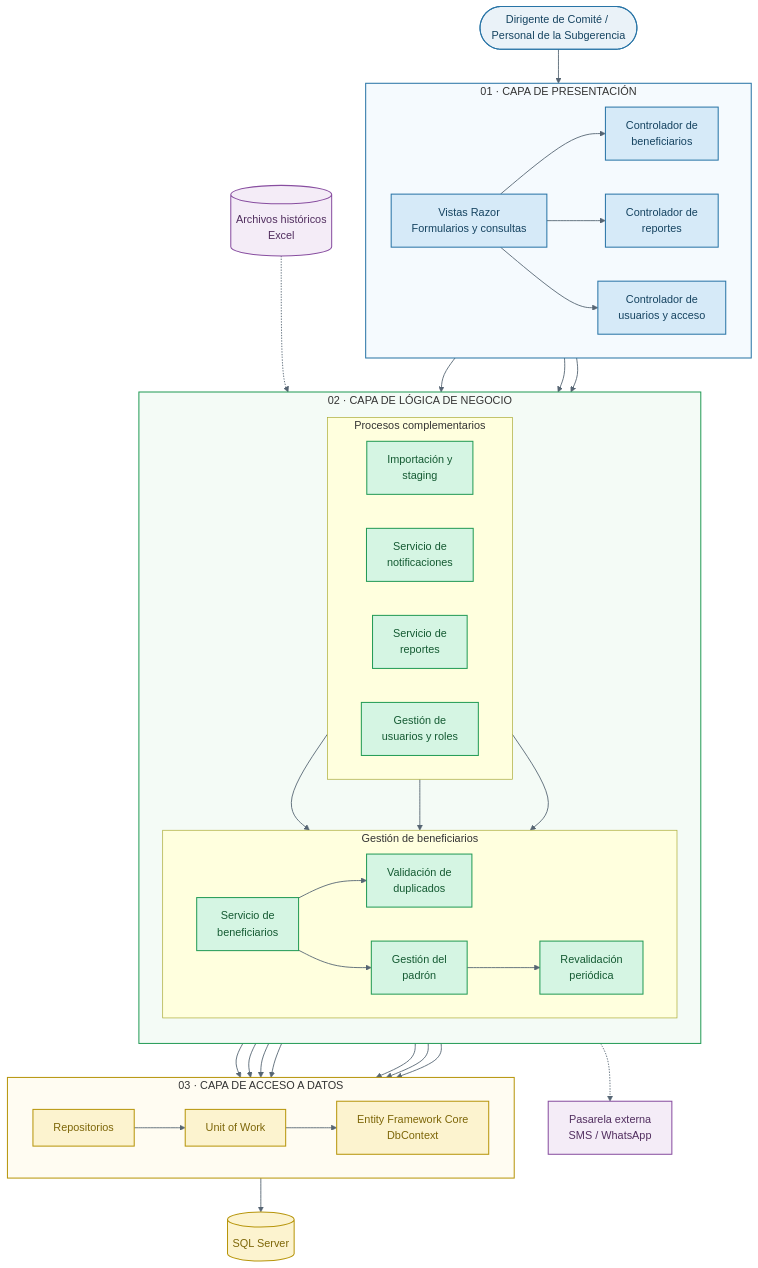
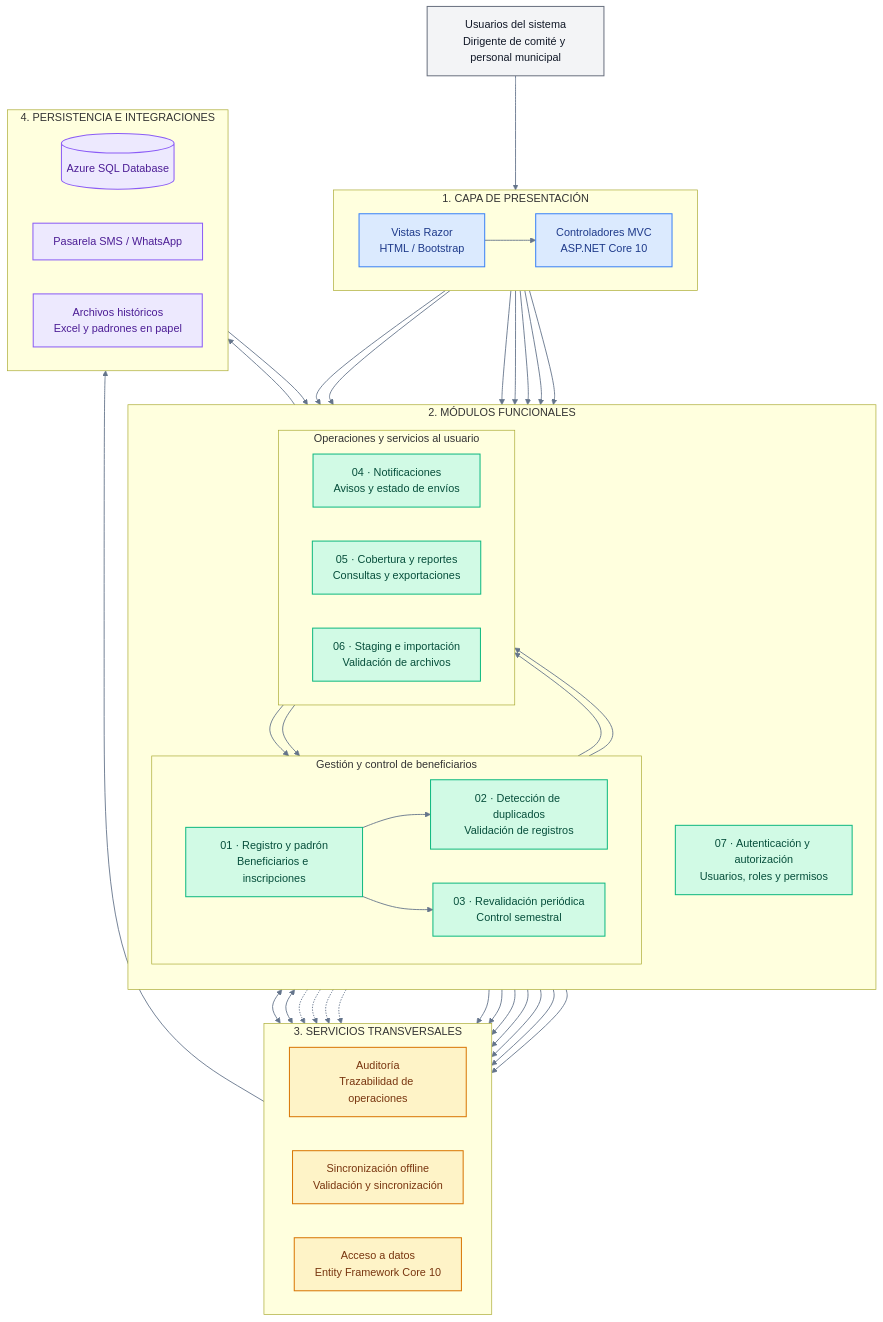
Before and after one commit to Yey-Cardenas/Programas-Sociales: the diagram in arquitectura/C4/C3-componentes.md, drawn with Mermaid. The commit also changed other lines of this file, not shown here.

Commit message:
docs: actualizar diagrama C4

````diff
--- a/arquitectura/C4/C3-componentes.md
+++ b/arquitectura/C4/C3-componentes.md
@@ -10,93 +8,107 @@
 ```mermaid
 flowchart TB
-    USER(["Dirigente de Comité / Personal de la Subgerencia"])
 
-    subgraph PRESENTACION["01 · CAPA DE PRESENTACIÓN"]
+    %% USUARIOS
+    U["Usuarios del sistema<br/>Dirigente de comité y personal municipal"]
+
+    %% PRESENTACION
+    subgraph PRESENTACION["1. CAPA DE PRESENTACIÓN"]
         direction LR
-        VISTAS["Vistas Razor<br/>Formularios y consultas"]
-        CBEN["Controlador de<br/>beneficiarios"]
-        CREP["Controlador de<br/>reportes"]
-        CUSR["Controlador de<br/>usuarios y acceso"]
+        V["Vistas Razor<br/>HTML / Bootstrap"]
+        C["Controladores MVC<br/>ASP.NET Core 10"]
+        V --> C
     end
 
-    subgraph NEGOCIO["02 · CAPA DE LÓGICA DE NEGOCIO"]
+    %% MODULOS FUNCIONALES
+    subgraph MODULOS["2. MÓDULOS FUNCIONALES"]
         direction TB
 
-        subgraph GESTION["Gestión de beneficiarios"]
+        subgraph FILA1["Gestión y control de beneficiarios"]
             direction LR
-            SBEN["Servicio de<br/>beneficiarios"]
-            SDUP["Validación de<br/>duplicados"]
-            SPAD["Gestión del<br/>padrón"]
-            SREV["Revalidación<br/>periódica"]
+            M1["01 · Registro y padrón<br/>Beneficiarios e inscripciones"]
+            M2["02 · Detección de duplicados<br/>Validación de registros"]
+            M3["03 · Revalidación periódica<br/>Control semestral"]
         end
 
-        subgraph PROCESOS["Procesos complementarios"]
+        subgraph FILA2["Operaciones y servicios al usuario"]
             direction LR
-            SSTA["Importación y<br/>staging"]
-            SNOT["Servicio de<br/>notificaciones"]
-            SREP["Servicio de<br/>reportes"]
-            SUSR["Gestión de<br/>usuarios y roles"]
+            M4["04 · Notificaciones<br/>Avisos y estado de envíos"]
+            M5["05 · Cobertura y reportes<br/>Consultas y exportaciones"]
+            M6["06 · Staging e importación<br/>Validación de archivos"]
         end
+
+        M7["07 · Autenticación y autorización<br/>Usuarios, roles y permisos"]
     end
 
-    subgraph PERSISTENCIA["03 · CAPA DE ACCESO A DATOS"]
+    %% SERVICIOS TRANSVERSALES
+    subgraph SERVICIOS["3. SERVICIOS TRANSVERSALES"]
         direction LR
-        REPOS["Repositorios"]
-        UOW["Unit of Work"]
-        CTX["Entity Framework Core<br/>DbContext"]
+        AUD["Auditoría<br/>Trazabilidad de operaciones"]
+        OFF["Sincronización offline<br/>Validación y sincronización"]
+        DAT["Acceso a datos<br/>Entity Framework Core 10"]
     end
 
-    DB[("SQL Server")]
-    XLS[("Archivos históricos<br/>Excel")]
-    MSG["Pasarela externa<br/>SMS / WhatsApp"]
+    %% SISTEMAS EXTERNOS
+    subgraph EXTERNOS["4. PERSISTENCIA E INTEGRACIONES"]
+        direction LR
+        DB[("Azure SQL Database")]
+        GW["Pasarela SMS / WhatsApp"]
+        EX["Archivos históricos<br/>Excel y padrones en papel"]
+    end
 
-    USER --> VISTAS
-    VISTAS --> CBEN
-    VISTAS --> CREP
-    VISTAS --> CUSR
+    %% FLUJO PRINCIPAL
+    U --> V
+    C --> M1
+    C --> M2
+    C --> M3
+    C --> M4
+    C --> M5
+    C --> M6
+    C --> M7
 
-    CBEN --> SBEN
-    CREP --> SREP
-    CUSR --> SUSR
+    %% RELACIONES FUNCIONALES
+    M1 --> M2
+    M1 --> M3
+    M1 --> M5
+    M6 --> M1
+    M6 --> M2
+    M3 --> M4
 
-    SBEN --> SDUP
-    SBEN --> SPAD
-    SPAD --> SREV
-    SSTA --> SBEN
-    SREP --> SPAD
-    SNOT --> SBEN
+    %% SERVICIOS COMPARTIDOS
+    M1 --> DAT
+    M2 --> DAT
+    M3 --> DAT
+    M4 --> DAT
+    M5 --> DAT
+    M6 --> DAT
+    M7 --> DAT
 
-    SBEN --> REPOS
-    SDUP --> REPOS
-    SPAD --> REPOS
-    SREV --> REPOS
-    SSTA --> REPOS
-    SREP --> REPOS
-    SUSR --> REPOS
+    M1 -.-> AUD
+    M2 -.-> AUD
+    M3 -.-> AUD
+    M6 -.-> AUD
 
-    REPOS --> UOW
-    UOW --> CTX
-    CTX --> DB
+    OFF <--> M1
+    OFF <--> M6
 
-    XLS -.-> SSTA
-    SNOT -.-> MSG
+    %% INTEGRACIONES EXTERNAS
+    DAT --> DB
+    M4 --> GW
+    EX --> M6
 
-    %% Estilos
-    classDef actor fill:#EAF2F8,stroke:#2874A6,color:#154360,stroke-width:1.5px
-    classDef presentation fill:#D6EAF8,stroke:#2874A6,color:#154360,stroke-width:1.5px
-    classDef business fill:#D5F5E3,stroke:#239B56,color:#145A32,stroke-width:1.5px
-    classDef data fill:#FCF3CF,stroke:#B7950B,color:#7D6608,stroke-width:1.5px
-    classDef external fill:#F4ECF7,stroke:#884EA0,color:#512E5F,stroke-width:1.5px
+    %% ESTILOS
+    classDef usuario fill:#F3F4F6,stroke:#6B7280,color:#111827,stroke-width:1.5px
+    classDef presentacion fill:#DBEAFE,stroke:#3B82F6,color:#1E3A8A,stroke-width:1.5px
+    classDef modulo fill:#D1FAE5,stroke:#10B981,color:#064E3B,stroke-width:1.5px
+    classDef transversal fill:#FEF3C7,stroke:#D97706,color:#78350F,stroke-width:1.5px
+    classDef externo fill:#EDE9FE,stroke:#8B5CF6,color:#4C1D95,stroke-width:1.5px
 
-    class USER actor
-    class VISTAS,CBEN,CREP,CUSR presentation
-    class SBEN,SDUP,SPAD,SREV,SSTA,SNOT,SREP,SUSR business
-    class REPOS,UOW,CTX,DB data
-    class XLS,MSG external
+    class U usuario
+    class V,C presentacion
+    class M1,M2,M3,M4,M5,M6,M7 modulo
+    class AUD,OFF,DAT transversal
+    class DB,GW,EX externo
 
-    style PRESENTACION fill:#F5FAFE,stroke:#2874A6,stroke-width:1.5px
-    style NEGOCIO fill:#F4FBF6,stroke:#239B56,stroke-width:1.5px
-    style PERSISTENCIA fill:#FFFCF2,stroke:#B7950B,stroke-width:1.5px
-
-    linkStyle default stroke:#566573,stroke-width:1.3px,color:#273746
+    %% ESTILO DE CONEXIONES
+    linkStyle default stroke:#64748B,stroke-width:1.3px
 ```
````
